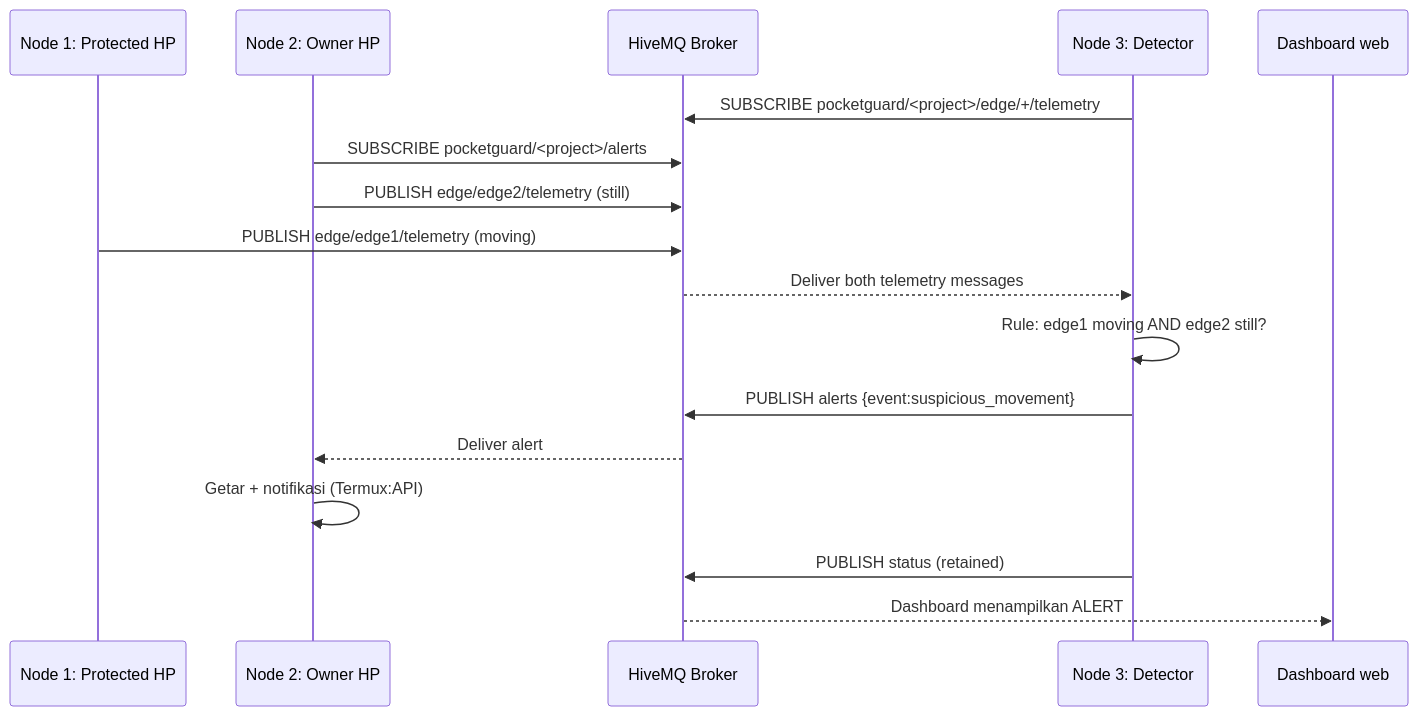
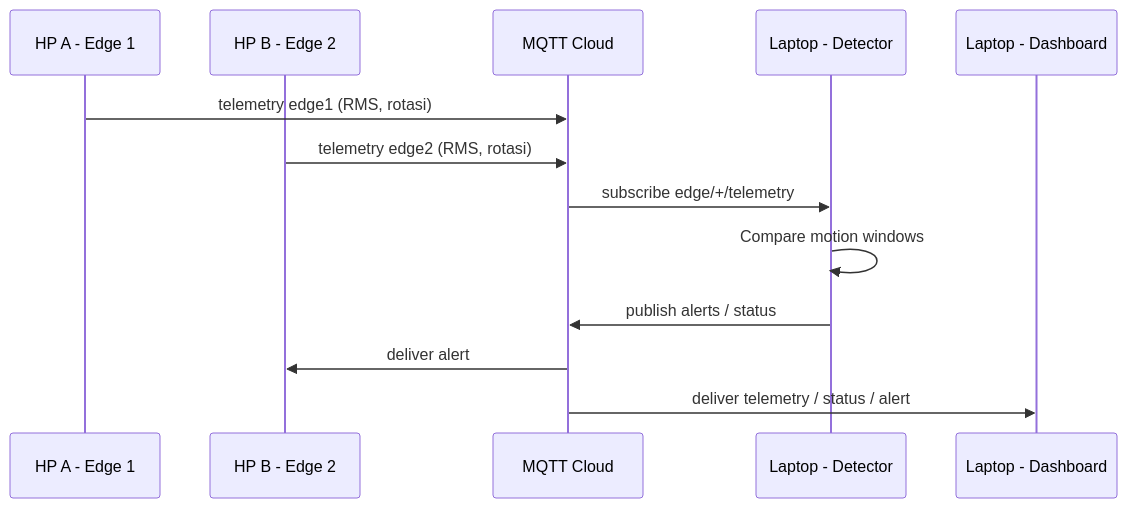
The second of 2 diagrams in docs/ARCHITECTURE.md (JustinCLT/baby-monitor-iot), drawn with Mermaid before and after one commit. The commit also changed other lines of this file and 12 other files, not shown here.

Commit message:
feat: real Android browser edge, localhost dashboard, dan quickstart mahasiswa

````diff
--- a/docs/ARCHITECTURE.md
+++ b/docs/ARCHITECTURE.md
@@ -27,19 +41,15 @@
 ```mermaid
 sequenceDiagram
-  participant A as Node 1: Protected HP
-  participant B as Node 2: Owner HP
-  participant M as HiveMQ Broker
-  participant D as Node 3: Detector
-  participant W as Dashboard web
-  D->>M: SUBSCRIBE pocketguard/<project>/edge/+/telemetry
-  B->>M: SUBSCRIBE pocketguard/<project>/alerts
-  B->>M: PUBLISH edge/edge2/telemetry (still)
-  A->>M: PUBLISH edge/edge1/telemetry (moving)
-  M-->>D: Deliver both telemetry messages
-  D->>D: Rule: edge1 moving AND edge2 still?
-  D->>M: PUBLISH alerts {event:suspicious_movement}
-  M-->>B: Deliver alert
-  B->>B: Getar + notifikasi (Termux:API)
-  D->>M: PUBLISH status (retained)
-  M-->>W: Dashboard menampilkan ALERT
+    participant A as HP A - Edge 1
+    participant B as HP B - Edge 2
+    participant M as MQTT Cloud
+    participant D as Laptop - Detector
+    participant W as Laptop - Dashboard
+    A->>M: telemetry edge1 (RMS, rotasi)
+    B->>M: telemetry edge2 (RMS, rotasi)
+    M->>D: subscribe edge/+/telemetry
+    D->>D: Compare motion windows
+    D->>M: publish alerts / status
+    M->>B: deliver alert
+    M->>W: deliver telemetry / status / alert
 ```
````
